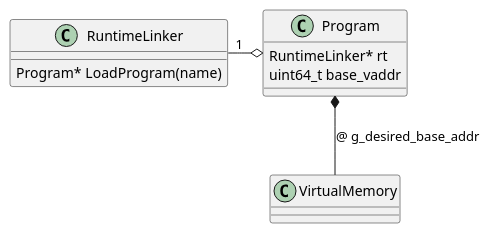
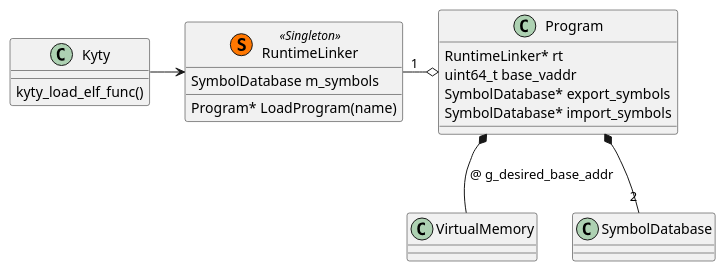
One commit to garysplay/Kyty changed the second of 2 diagrams in source/docs/chapters/loadingProgram.adoc. Above: the diagram before and after it, drawn with PlantUML. The commit also changed other lines of this file, not shown here.

Commit message:
adoc: loading the program

```diff
--- a/source/docs/chapters/loadingProgram.adoc
+++ b/source/docs/chapters/loadingProgram.adoc
@@ -4,20 +29,30 @@
 [plantuml, class-diagram, png]
 ....
 
 class VirtualMemory{
 
 }
 
 class Program{
     RuntimeLinker* rt
     uint64_t base_vaddr
+    SymbolDatabase* export_symbols
+    SymbolDatabase* import_symbols
 }
 
-class RuntimeLinker{
-    ___
+class RuntimeLinker  << (S,#FF7700) Singleton >>{
+    SymbolDatabase m_symbols
     Program* LoadProgram(name)
 }
 
+class Kyty{
+    kyty_load_elf_func()
+}
+
+class SymbolDatabase
+
 RuntimeLinker "1" -o Program
+Program *-- "2" SymbolDatabase
 Program *-- VirtualMemory : @ g_desired_base_addr
+Kyty -> RuntimeLinker
 ....
```
